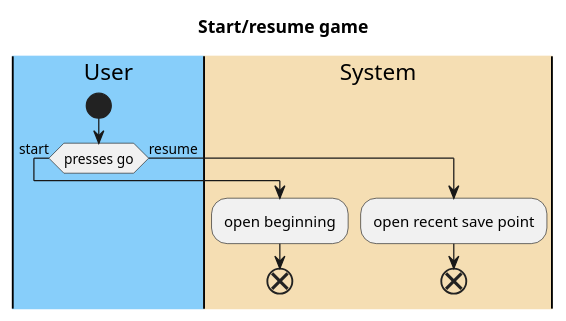
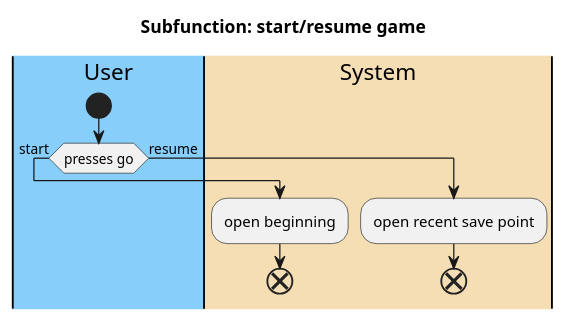
The first of 2 diagrams in CMPU_203_PirateGame/doc/use-cases/Game_Management.md (emutchek/MaraudersAtSea), drawn with PlantUML before and after one commit. The commit also changed other lines of this file, not shown here.

````diff
--- a/CMPU_203_PirateGame/doc/use-cases/Game_Management.md
+++ b/CMPU_203_PirateGame/doc/use-cases/Game_Management.md
@@ -29,18 +30,18 @@
 ```PlantUML
 @startuml
-title Start/resume game
+title Subfunction: start/resume game
 |#LightSkyBlue|User|
 |#Wheat|System|
 
 |User|
 start
 if (presses go) then (start)
     |System|
     :open beginning;
     end
 else (resume)
     :open recent save point;
     end
 endif
 @enduml
 ```
````
